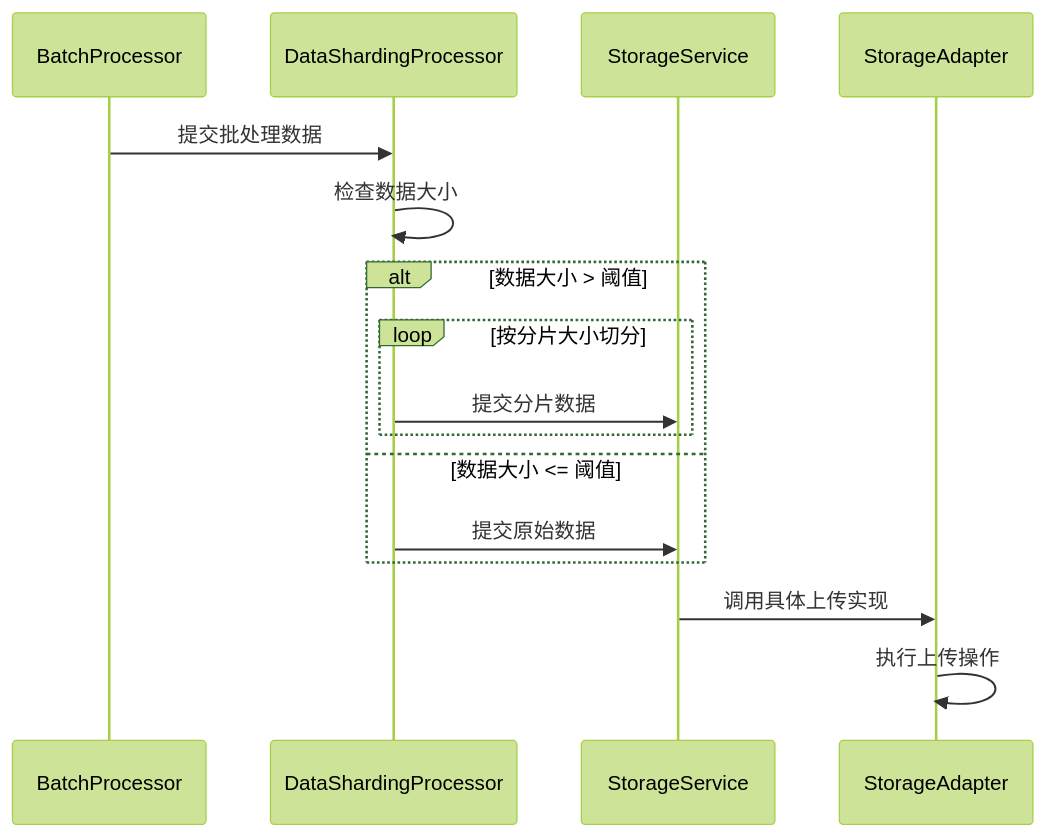
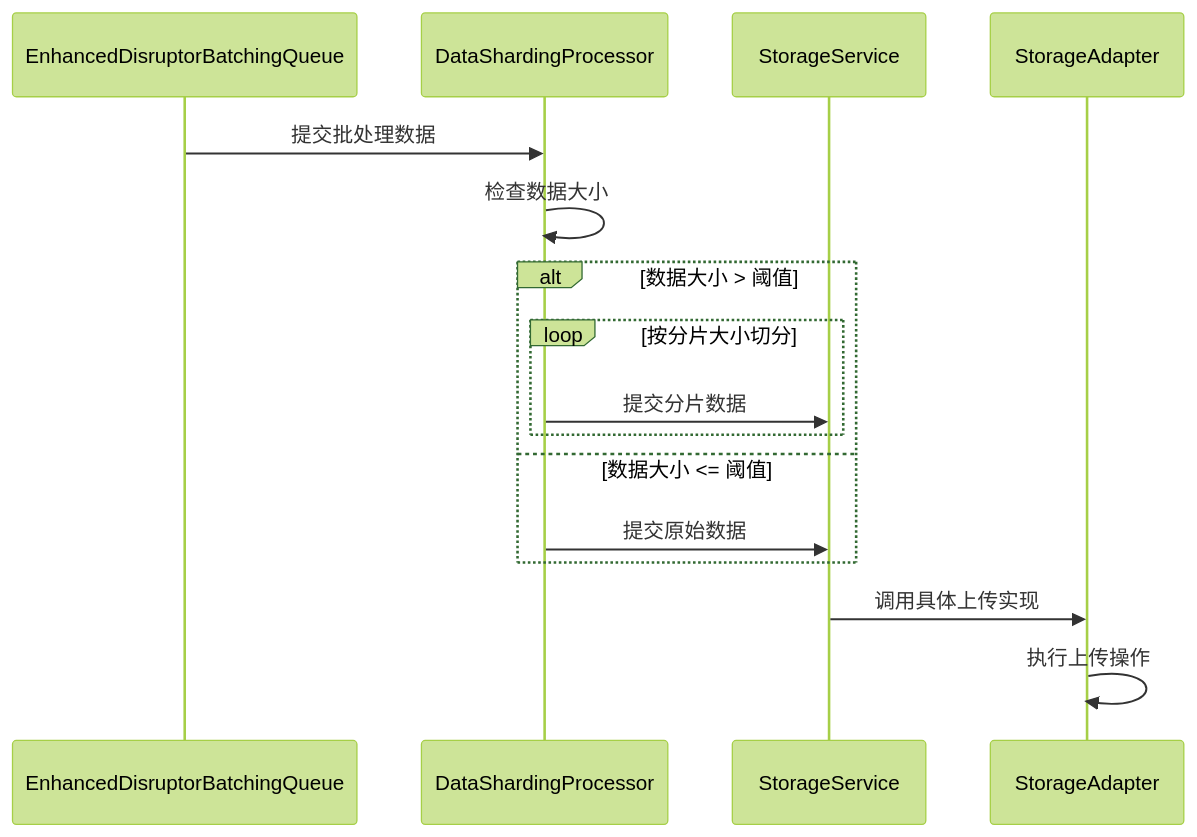
One commit to kzy77/logx-oss-appender changed the diagram in docs/DataShardingProcessor-design.md. Above: the diagram before and after it, drawn with Mermaid (forest theme). The commit also changed other lines of this file and 46 other files, not shown here.

````diff
--- a/docs/DataShardingProcessor-design.md
+++ b/docs/DataShardingProcessor-design.md
@@ -43,19 +45,19 @@
 ```mermaid
 sequenceDiagram
-    participant BP as BatchProcessor
+    participant EDBQ as EnhancedDisruptorBatchingQueue
     participant DSP as DataShardingProcessor
     participant SS as StorageService
     participant SA as StorageAdapter
 
-    BP->>DSP: 提交批处理数据
+    EDBQ->>DSP: 提交批处理数据
     DSP->>DSP: 检查数据大小
     alt 数据大小 > 阈值
         loop 按分片大小切分
             DSP->>SS: 提交分片数据
         end
     else 数据大小 <= 阈值
         DSP->>SS: 提交原始数据
     end
     SS->>SA: 调用具体上传实现
     SA->>SA: 执行上传操作
 ```
````
